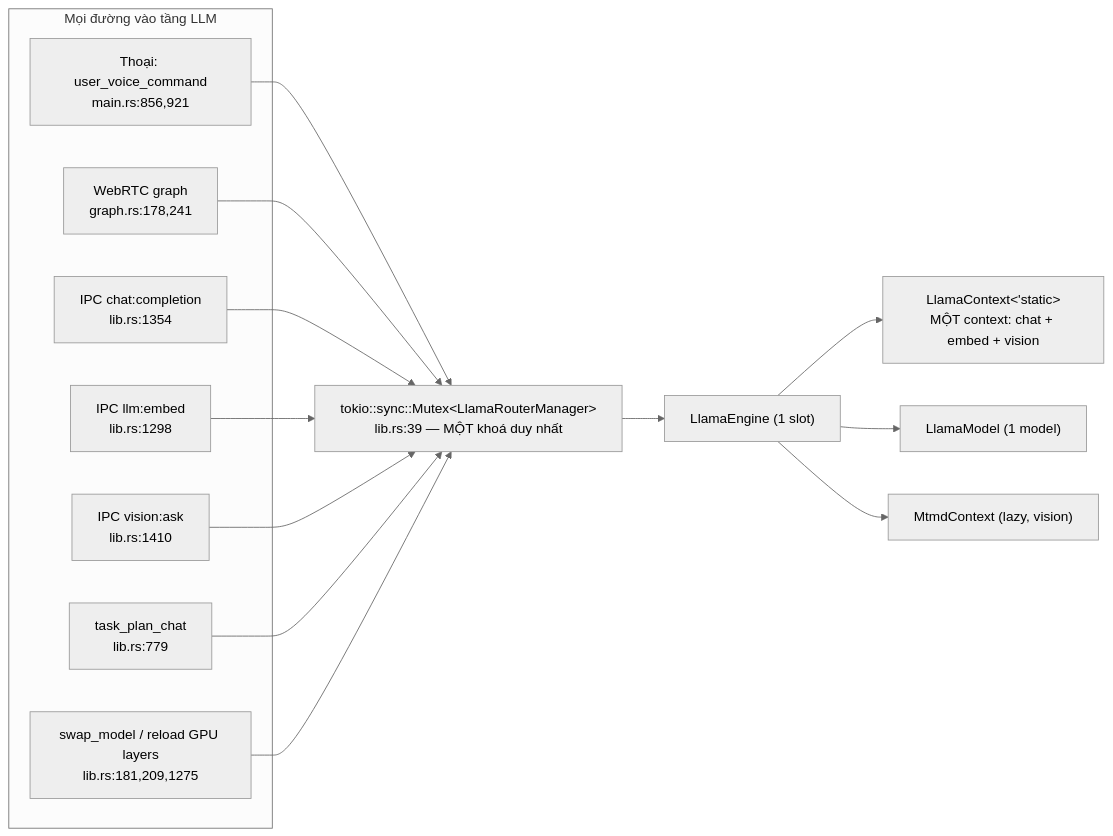
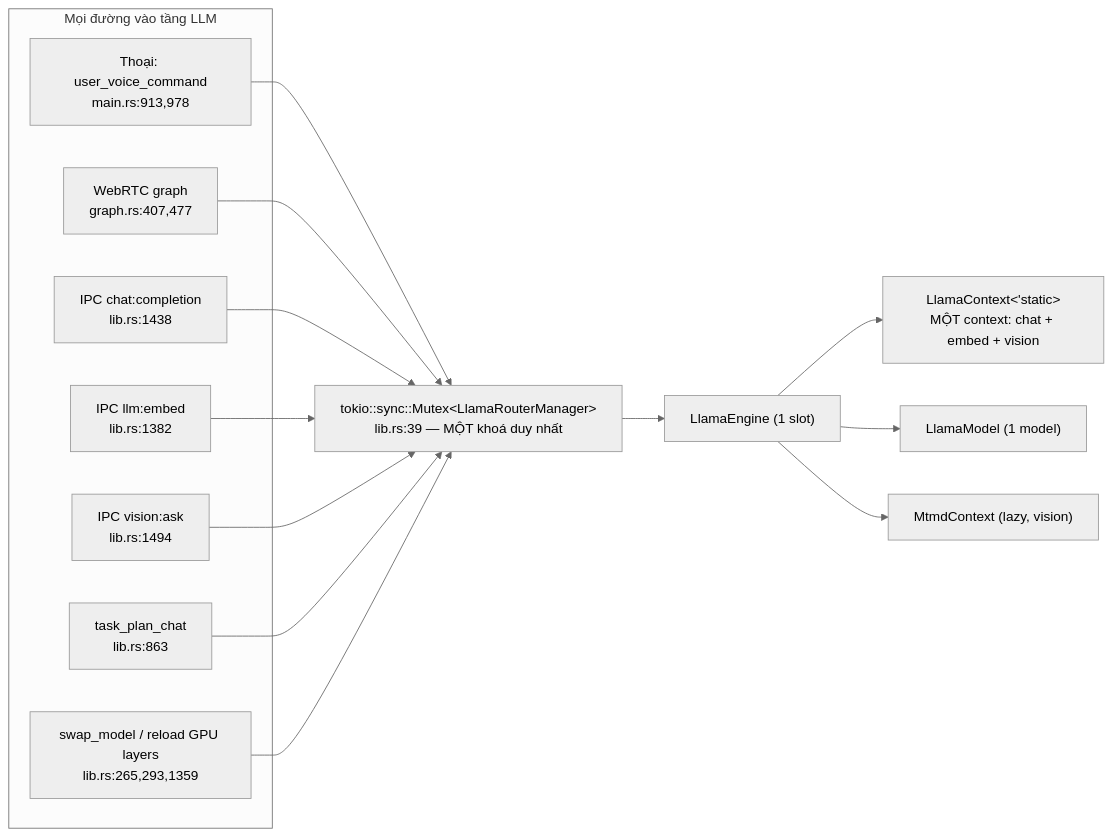
One commit to DuongNAD/LIVA changed the fourth of 5 diagrams in docs/01-ban-ve/04-he-llm-va-prompt.md. Above: the diagram before and after it, drawn with Mermaid (neutral theme). The commit also changed other lines of this file and 11 other files, not shown here.

````diff
--- a/docs/01-ban-ve/04-he-llm-va-prompt.md
+++ b/docs/01-ban-ve/04-he-llm-va-prompt.md
@@ -592,26 +647,26 @@
 ```mermaid
 flowchart LR
     subgraph Callers["Mọi đường vào tầng LLM"]
-        V["Thoại: user_voice_command<br/>main.rs:856,921"]
-        W["WebRTC graph<br/>graph.rs:178,241"]
-        I["IPC chat:completion<br/>lib.rs:1354"]
-        E["IPC llm:embed<br/>lib.rs:1298"]
-        X["IPC vision:ask<br/>lib.rs:1410"]
-        T["task_plan_chat<br/>lib.rs:779"]
-        S["swap_model / reload GPU layers<br/>lib.rs:181,209,1275"]
+        V["Thoại: user_voice_command<br/>main.rs:913,978"]
+        W["WebRTC graph<br/>graph.rs:407,477"]
+        I["IPC chat:completion<br/>lib.rs:1438"]
+        E["IPC llm:embed<br/>lib.rs:1382"]
+        X["IPC vision:ask<br/>lib.rs:1494"]
+        T["task_plan_chat<br/>lib.rs:863"]
+        S["swap_model / reload GPU layers<br/>lib.rs:265,293,1359"]
     end
 
     V --> M
     W --> M
     I --> M
     E --> M
     X --> M
     T --> M
     S --> M
 
     M["tokio::sync::Mutex&lt;LlamaRouterManager&gt;<br/>lib.rs:39 — MỘT khoá duy nhất"]
     M --> EG["LlamaEngine (1 slot)"]
     EG --> CTX["LlamaContext&lt;'static&gt;<br/>MỘT context: chat + embed + vision"]
     EG --> MD["LlamaModel (1 model)"]
     EG --> MT["MtmdContext (lazy, vision)"]
 ```
````
